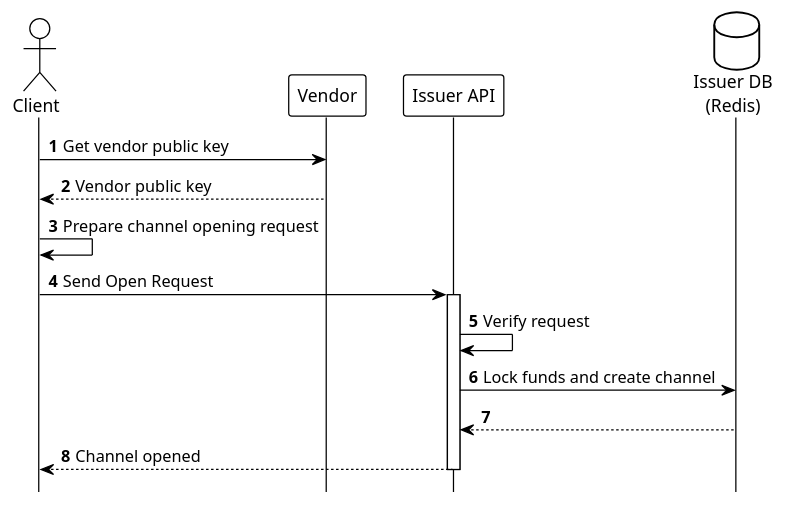
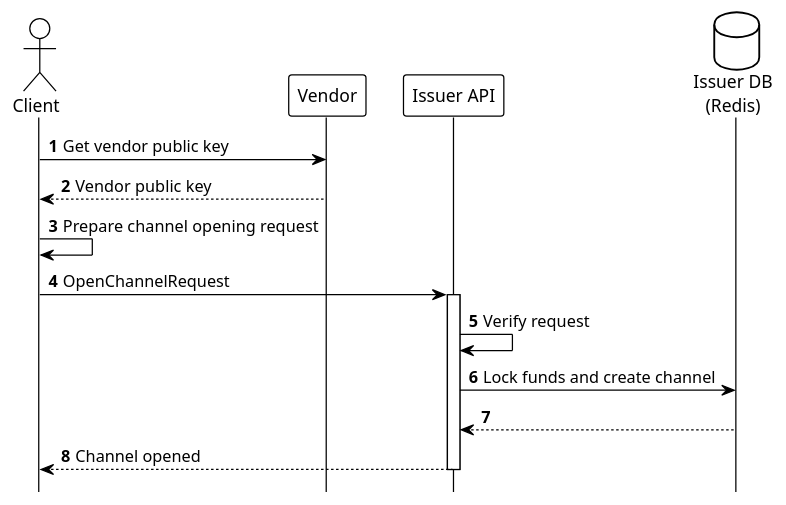
Before and after one commit to otaviootavio/nanomoni: the diagram in umls/phase1b-channel-opening.puml, drawn with PlantUML. The commit also changed 1 other file, not shown here.

Commit message:
Update UML diagrams for improved clarity in channel opening and payment confirmation processes

```diff
--- a/umls/phase1b-channel-opening.puml
+++ b/umls/phase1b-channel-opening.puml
@@ -1,27 +1,27 @@
 @startuml Phase1b_Channel_Opening
 
 !theme plain
 autonumber
 
 hide footbox
 
 actor "Client" as Client
 participant "Vendor" as Vendor
 participant "Issuer API" as Issuer
 database "Issuer DB\n(Redis)" as IssuerDB
 
 Client -> Vendor: Get vendor public key
 Vendor --> Client: Vendor public key
 Client -> Client: Prepare channel opening request
 
-Client -> Issuer: Send Open Request
+Client -> Issuer: OpenChannelRequest
 activate Issuer
 
 Issuer -> Issuer: Verify request
 Issuer -> IssuerDB: Lock funds and create channel
 IssuerDB --> Issuer: 
 
 Issuer --> Client: Channel opened
 deactivate Issuer
 
 @enduml
```
